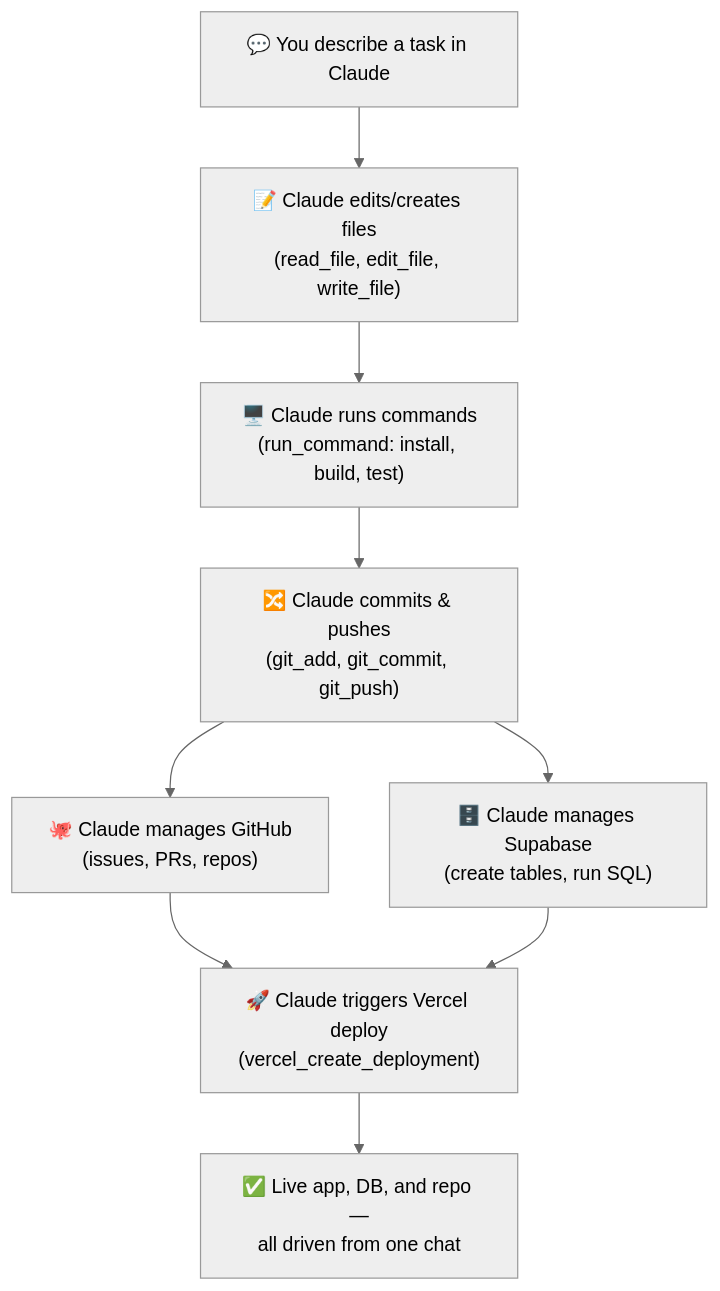
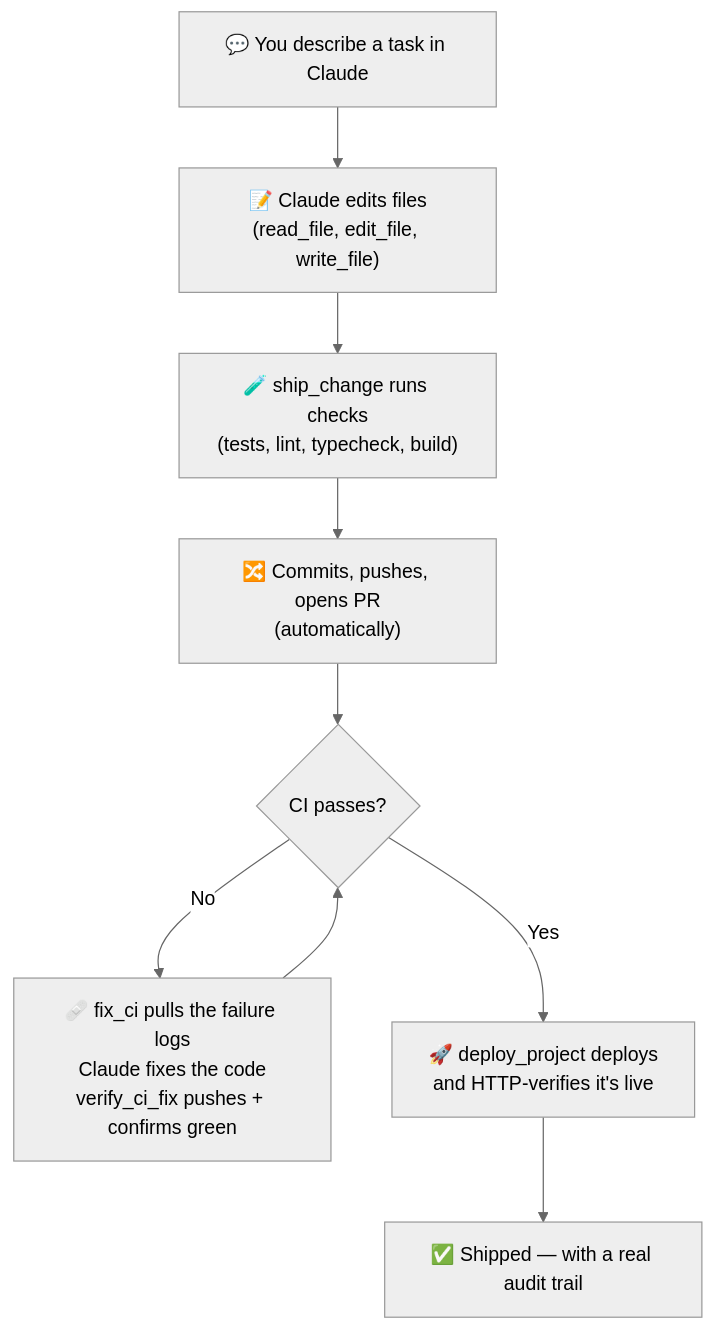
Before and after one commit to KNIHAL/causly-server: the diagram in README.md, drawn with Mermaid (neutral theme). The commit also changed other lines of this file, not shown here.

````diff
--- a/README.md
+++ b/README.md
@@ -43,11 +55,11 @@
 ```mermaid
 flowchart TD
-    A["💬 You describe a task in Claude"] --> B["📝 Claude edits/creates files\n(read_file, edit_file, write_file)"]
-    B --> C["🖥️ Claude runs commands\n(run_command: install, build, test)"]
-    C --> D["🔀 Claude commits & pushes\n(git_add, git_commit, git_push)"]
-    D --> E["🐙 Claude manages GitHub\n(issues, PRs, repos)"]
-    D --> F["🗄️ Claude manages Supabase\n(create tables, run SQL)"]
-    E --> G["🚀 Claude triggers Vercel deploy\n(vercel_create_deployment)"]
-    F --> G
-    G --> H["✅ Live app, DB, and repo —\nall driven from one chat"]
+    A["💬 You describe a task in Claude"] --> B["📝 Claude edits files\n(read_file, edit_file, write_file)"]
+    B --> C["🧪 ship_change runs checks\n(tests, lint, typecheck, build)"]
+    C --> D["🔀 Commits, pushes, opens PR\n(automatically)"]
+    D --> E{"CI passes?"}
+    E -- "No" --> F["🩹 fix_ci pulls the failure logs\nClaude fixes the code\nverify_ci_fix pushes + confirms green"]
+    F --> E
+    E -- "Yes" --> G["🚀 deploy_project deploys\nand HTTP-verifies it's live"]
+    G --> H["✅ Shipped — with a real audit trail"]
 ```
````
